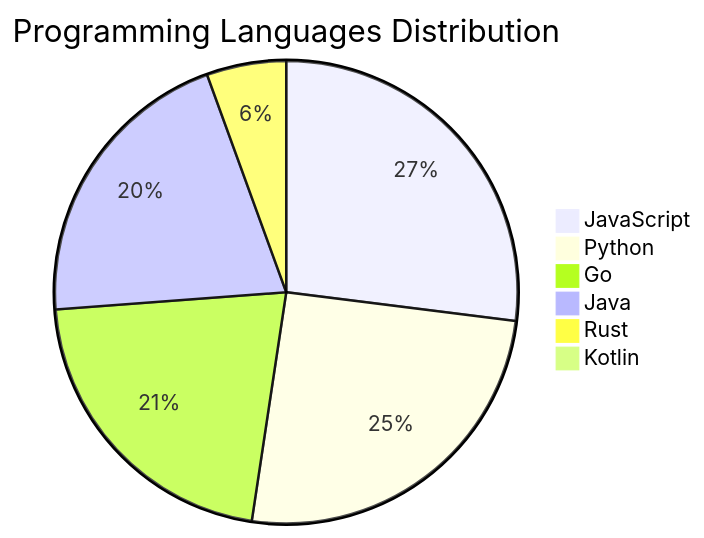
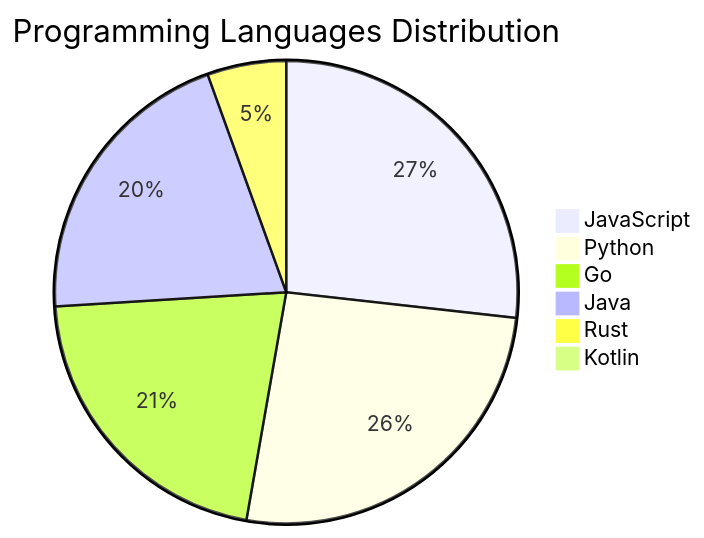
The diagram in README.md (Derrick-MUGISHA/github-activity-bot), drawn with Mermaid before and after one commit. The commit also changed other lines of this file and 4 other files, not shown here.

````diff
--- a/README.md
+++ b/README.md
@@ -206,9 +206,9 @@
 ```mermaid
 pie title Programming Languages Distribution
     "JavaScript" : 34
-    "Python" : 32
+    "Python" : 33
     "Go" : 27
     "Java" : 26
     "Rust" : 7
     "Kotlin" : 1
 ```
````
